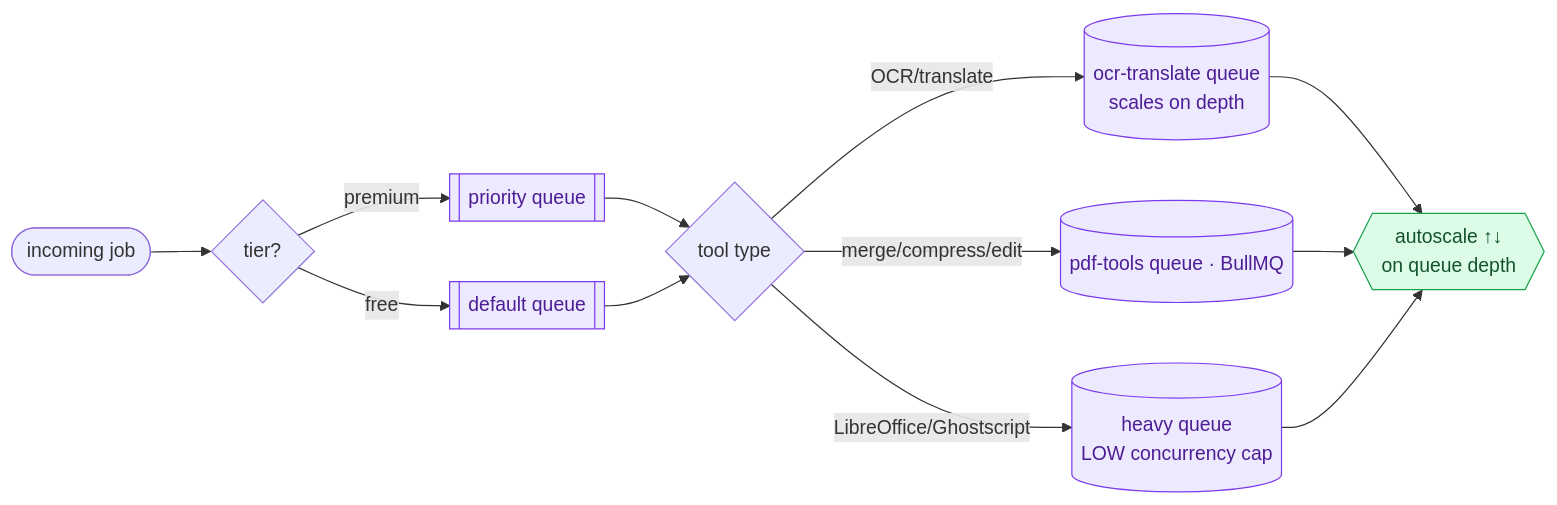
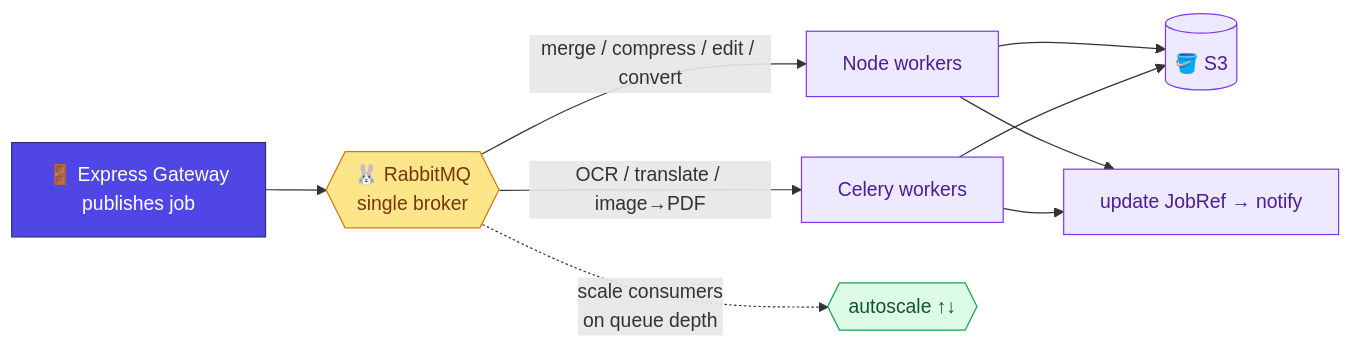
The eighth of 8 diagrams in architecture_diagrams.md (Mrutunjay50/DOCS), drawn with Mermaid before and after one commit. The commit also changed other lines of this file, not shown here.

````diff
--- a/architecture_diagrams.md
+++ b/architecture_diagrams.md
@@ -394,20 +399,24 @@
 ```mermaid
 flowchart LR
-    J([incoming job]) --> R{tier?}
-    R -- premium --> PQ[[priority queue]]
-    R -- free --> DQ[[default queue]]
+    GW[🚪 Express Gateway<br/>publishes job] --> MQ{{🐰 RabbitMQ<br/>single broker}}
 
-    PQ & DQ --> SPLIT{tool type}
-    SPLIT -- OCR/translate --> QA[(ocr-translate queue<br/>scales on depth)]
-    SPLIT -- merge/compress/edit --> QB[(pdf-tools queue · BullMQ)]
-    SPLIT -- LibreOffice/Ghostscript --> QC[(heavy queue<br/>LOW concurrency cap)]
+    MQ -- merge / compress / edit / convert --> NW[Node workers]
+    MQ -- OCR / translate / image→PDF --> CW[Celery workers]
 
-    QA --> AS{{autoscale ↑↓<br/>on queue depth}}
-    QB --> AS
-    QC --> AS
+    NW --> S3[(🪣 S3)]
+    CW --> S3
+    NW --> DONE[update JobRef → notify]
+    CW --> DONE
 
-    classDef q fill:#EDE9FE,stroke:#7C3AED,color:#4C1D95;
+    MQ -. "scale consumers<br/>on queue depth" .-> AS{{autoscale ↑↓}}
+
+    classDef gate fill:#4F46E5,stroke:#312E81,color:#fff;
+    classDef mq fill:#FDE68A,stroke:#D97706,color:#78350F;
+    classDef worker fill:#EDE9FE,stroke:#7C3AED,color:#4C1D95;
     classDef sig fill:#DCFCE7,stroke:#16A34A,color:#14532D;
-    class QA,QB,QC,PQ,DQ q;
+    class GW gate;
+    class MQ mq;
+    class NW,CW worker;
     class AS sig;
+    class S3,DONE worker;
 ```
````
